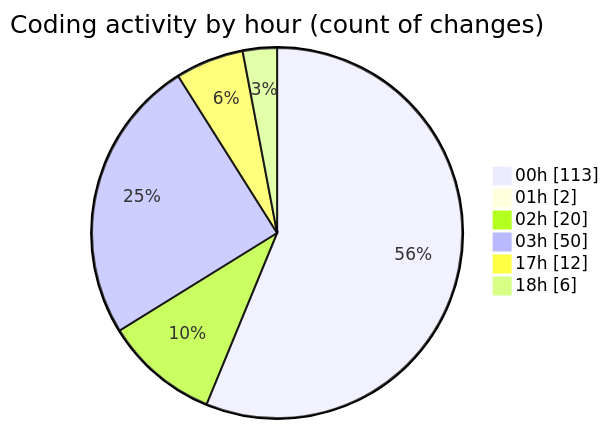
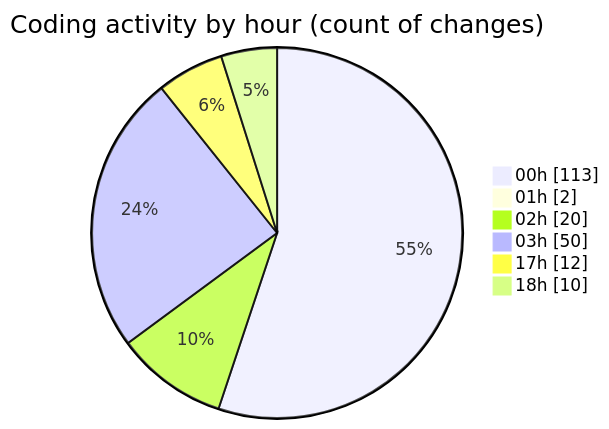
Before and after one commit to lephambinh05/code-tracking: the second of 2 diagrams in 2025-08-06/napxuvn/README.md, drawn with Mermaid. The commit also changed other lines of this file and 1 other file, not shown here.

````diff
--- a/2025-08-06/napxuvn/README.md
+++ b/2025-08-06/napxuvn/README.md
@@ -130,10 +130,10 @@
 ```mermaid
 pie showData
 title Coding activity by hour (count of changes)
 "00h" : 113
 "01h" : 2
 "02h" : 20
 "03h" : 50
 "17h" : 12
-"18h" : 6
+"18h" : 10
 ```
````
